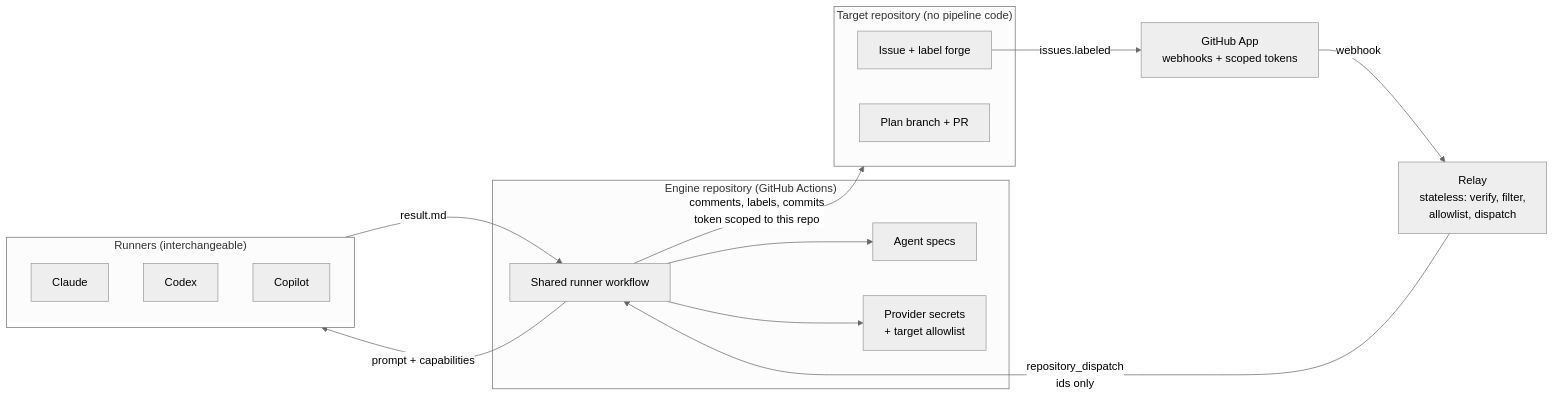
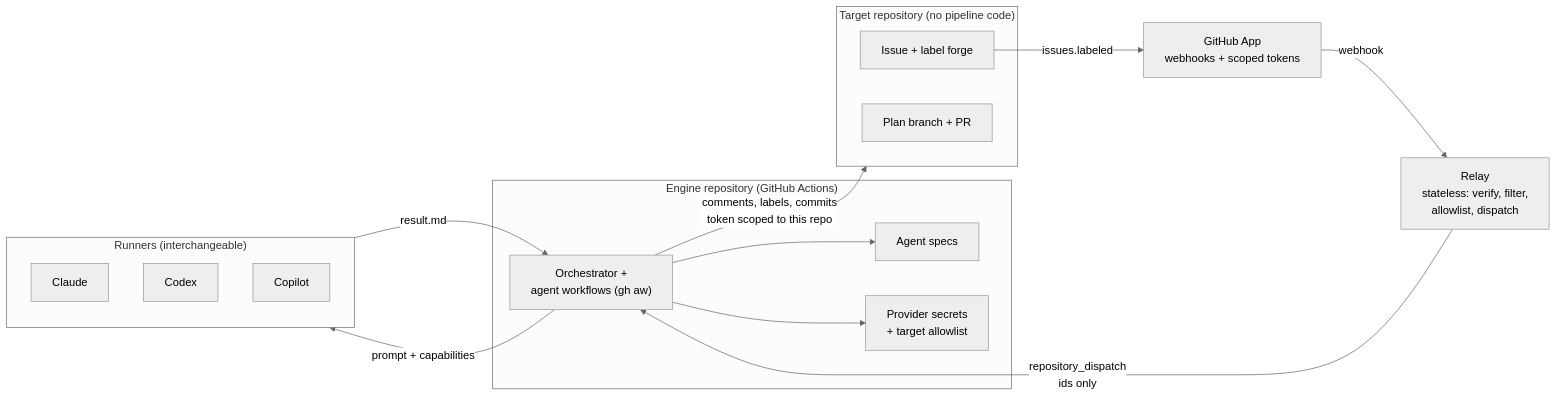
Before and after one commit to LuisiitoDev/agentic-forge: the first of 3 diagrams in README.md, drawn with Mermaid (neutral theme). The commit also changed other lines of this file and 40 other files, not shown here.

First line of the commit message:
feat(workflows): gh aw agent workflows and a deterministic orchestrator

````diff
--- a/README.md
+++ b/README.md
@@ -18,31 +18,31 @@
 ```mermaid
 flowchart LR
     subgraph T["Target repository (no pipeline code)"]
         I["Issue + label forge"]
         PB["Plan branch + PR"]
     end
 
     APP["GitHub App<br/>webhooks + scoped tokens"]
     RELAY["Relay<br/>stateless: verify, filter,<br/>allowlist, dispatch"]
 
     subgraph E["Engine repository (GitHub Actions)"]
-        WF["Shared runner workflow"]
+        WF["Orchestrator +<br/>agent workflows (gh aw)"]
         SPEC["Agent specs"]
         SEC["Provider secrets<br/>+ target allowlist"]
     end
 
     subgraph R["Runners (interchangeable)"]
         C["Claude"]
         X["Codex"]
         P["Copilot"]
     end
 
     I -- "issues.labeled" --> APP
     APP -- "webhook" --> RELAY
     RELAY -- "repository_dispatch<br/>ids only" --> WF
     WF --> SPEC
     WF --> SEC
     WF -- "prompt + capabilities" --> R
     R -- "result.md" --> WF
     WF -- "comments, labels, commits<br/>token scoped to this repo" --> T
 ```
````
